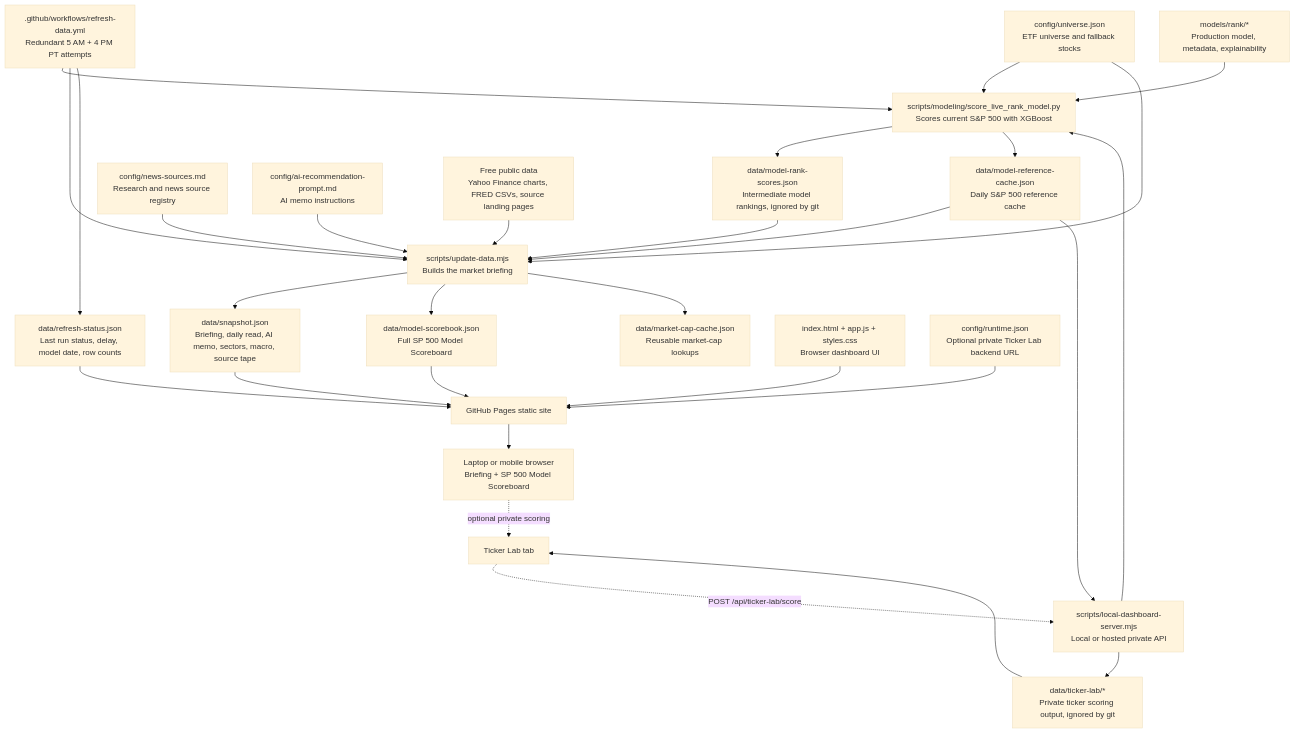
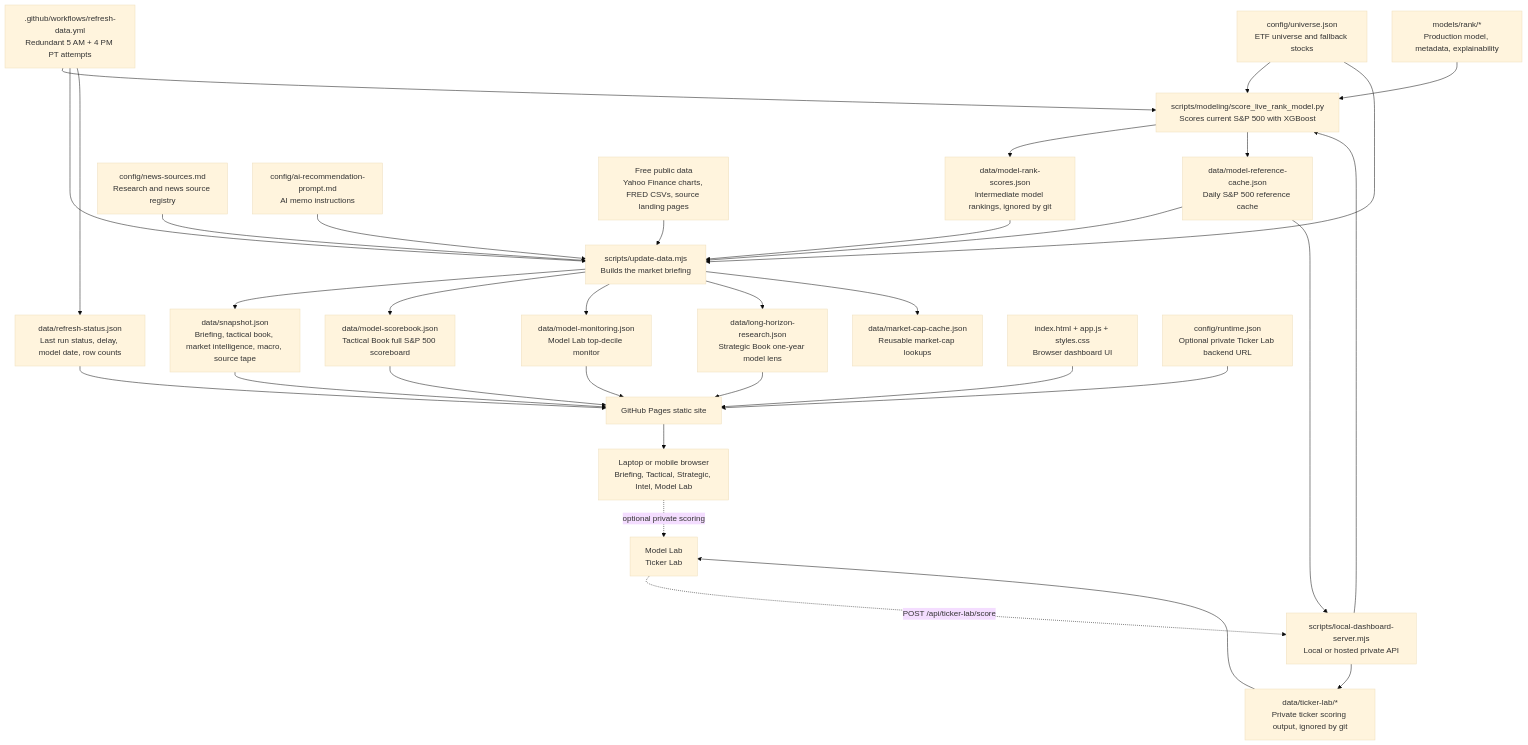
Before and after one commit to jhmona12/market-pulse: the diagram in README.md, drawn with Mermaid (base theme). The commit also changed other lines of this file and 3 other files, not shown here.

Commit message:
Refine dashboard information architecture

````diff
--- a/README.md
+++ b/README.md
@@ -9,36 +9,40 @@
 ```mermaid
 flowchart TD
   schedule[".github/workflows/refresh-data.yml<br/>Redundant 5 AM + 4 PM PT attempts"] --> scorer["scripts/modeling/score_live_rank_model.py<br/>Scores current S&P 500 with XGBoost"]
 
   modelFiles["models/rank/*<br/>Production model, metadata, explainability"] --> scorer
   universe["config/universe.json<br/>ETF universe and fallback stocks"] --> scorer
   scorer --> modelScores["data/model-rank-scores.json<br/>Intermediate model rankings, ignored by git"]
   scorer --> referenceCache["data/model-reference-cache.json<br/>Daily S&P 500 reference cache"]
 
   schedule --> refresh["scripts/update-data.mjs<br/>Builds the market briefing"]
   newsSources["config/news-sources.md<br/>Research and news source registry"] --> refresh
   aiPrompt["config/ai-recommendation-prompt.md<br/>AI memo instructions"] --> refresh
   universe --> refresh
   modelScores --> refresh
   referenceCache --> refresh
   freeData["Free public data<br/>Yahoo Finance charts, FRED CSVs, source landing pages"] --> refresh
 
-  refresh --> snapshot["data/snapshot.json<br/>Briefing, daily read, AI memo, sectors, macro, source tape"]
-  refresh --> scorebook["data/model-scorebook.json<br/>Full SP 500 Model Scoreboard"]
+  refresh --> snapshot["data/snapshot.json<br/>Briefing, tactical book, market intelligence, macro, source tape"]
+  refresh --> scorebook["data/model-scorebook.json<br/>Tactical Book full S&P 500 scoreboard"]
+  refresh --> monitoring["data/model-monitoring.json<br/>Model Lab top-decile monitor"]
+  refresh --> longResearch["data/long-horizon-research.json<br/>Strategic Book one-year model lens"]
   refresh --> marketCaps["data/market-cap-cache.json<br/>Reusable market-cap lookups"]
   schedule --> refreshStatus["data/refresh-status.json<br/>Last run status, delay, model date, row counts"]
 
   snapshot --> pages["GitHub Pages static site"]
   scorebook --> pages
+  monitoring --> pages
+  longResearch --> pages
   refreshStatus --> pages
   appFiles["index.html + app.js + styles.css<br/>Browser dashboard UI"] --> pages
   runtime["config/runtime.json<br/>Optional private Ticker Lab backend URL"] --> pages
-  pages --> browser["Laptop or mobile browser<br/>Briefing + SP 500 Model Scoreboard"]
+  pages --> browser["Laptop or mobile browser<br/>Briefing, Tactical, Strategic, Intel, Model Lab"]
 
-  browser -. optional private scoring .-> tickerUi["Ticker Lab tab"]
+  browser -. optional private scoring .-> tickerUi["Model Lab<br/>Ticker Lab"]
   tickerUi -. POST /api/ticker-lab/score .-> backend["scripts/local-dashboard-server.mjs<br/>Local or hosted private API"]
   backend --> scorer
   referenceCache --> backend
   backend --> tickerOutput["data/ticker-lab/*<br/>Private ticker scoring output, ignored by git"]
   tickerOutput --> tickerUi
 ```
````
